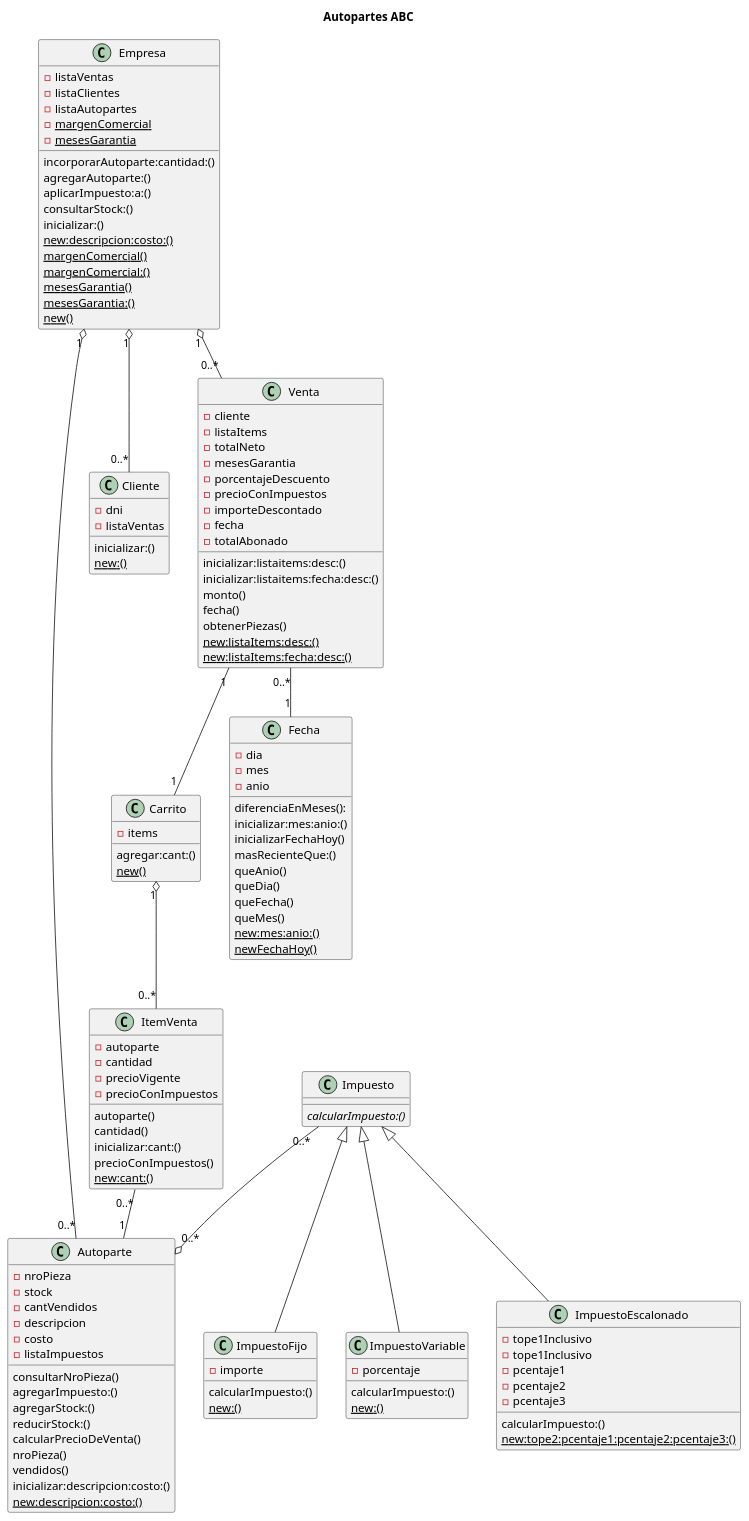
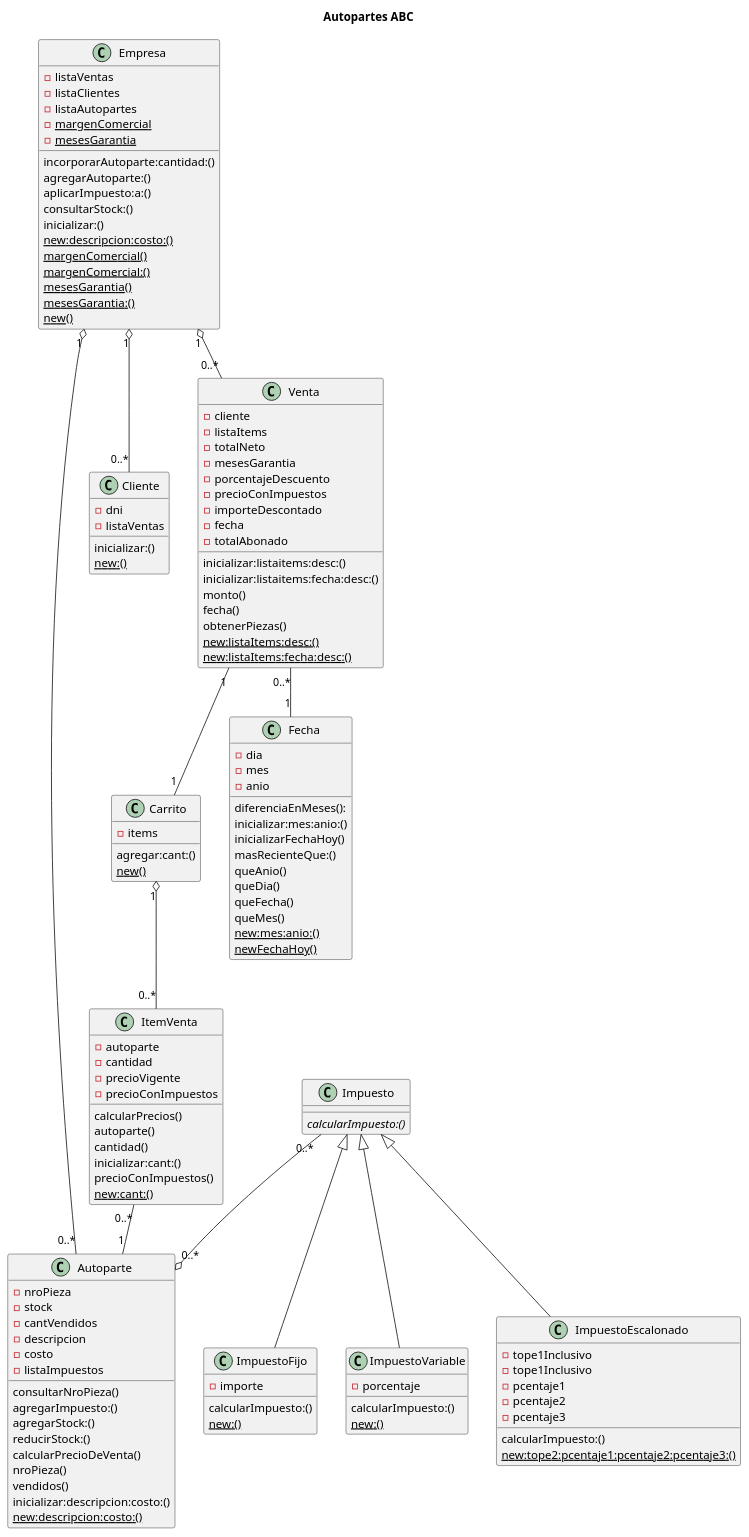
One commit to fideldalmasso/paradigmas changed the diagram in diagrama.puml. Above: the diagram before and after it, drawn with PlantUML. The commit also changed 8 other files, not shown here.

```diff
--- a/diagrama.puml
+++ b/diagrama.puml
@@ -1,150 +1,151 @@
 @startuml
 
 title Autopartes ABC
 ' skinparam linetype ortho
 
 class Empresa {
 -listaVentas
 -listaClientes
 -listaAutopartes
 -{static}margenComercial
 -{static}mesesGarantia
 incorporarAutoparte:cantidad:()
 agregarAutoparte:()
 aplicarImpuesto:a:()
 consultarStock:()
 inicializar:()
 {static}new:descripcion:costo:()
 {static}margenComercial()
 {static}margenComercial:()
 {static}mesesGarantia()
 {static}mesesGarantia:()
 {static}new()
 
 }
 
 class Autoparte {
 -nroPieza
 -stock
 -cantVendidos 
 -descripcion
 -costo
 -listaImpuestos
 
 consultarNroPieza()
 agregarImpuesto:()
 agregarStock:()
 reducirStock:()
 calcularPrecioDeVenta()
 nroPieza()
 vendidos()
 inicializar:descripcion:costo:()
 {static}new:descripcion:costo:()
 
 }
 
 class Cliente {
 -dni
 -listaVentas
 inicializar:()
 {static}new:()
 }
 
 class Carrito {
 -items
 agregar:cant:()
 {static}new()
 }
 
 
 class ItemVenta {
 -autoparte
 -cantidad
 -precioVigente
 -precioConImpuestos
+calcularPrecios()
 autoparte()
 cantidad()
 inicializar:cant:()
 precioConImpuestos()
 {static}new:cant:()
 }
 
 class Venta {
 -cliente
 -listaItems
 -totalNeto
 -mesesGarantia
 -porcentajeDescuento
 -precioConImpuestos
 -importeDescontado
 -fecha
 -totalAbonado
 inicializar:listaitems:desc:()
 inicializar:listaitems:fecha:desc:()
 monto()
 fecha()
 obtenerPiezas()
 {static}new:listaItems:desc:()
 {static}new:listaItems:fecha:desc:()
 
 }
 
 class Fecha {
 -dia
 -mes
 -anio
 diferenciaEnMeses():
 inicializar:mes:anio:()
 inicializarFechaHoy()
 masRecienteQue:()
 queAnio()
 queDia()
 queFecha()
 queMes()
 {static}new:mes:anio:()
 {static}newFechaHoy()
 }
 
 class Impuesto{
 {abstract}calcularImpuesto:()
 }
 
 class ImpuestoFijo{
 -importe
 calcularImpuesto:()
 {static}new:()
 }
 
 class ImpuestoVariable{
 -porcentaje
 calcularImpuesto:()
 {static}new:()
 }
 
 class ImpuestoEscalonado{
 -tope1Inclusivo 
 -tope1Inclusivo
 -pcentaje1 
 -pcentaje2
 -pcentaje3
 calcularImpuesto:()
 {static}new:tope2:pcentaje1:pcentaje2:pcentaje3:()
 }
 
 
 
 Empresa "1" o-- "0..*" Autoparte
 Empresa "1" o-- "0..*" Cliente
 Empresa "1" o-- "0..*" Venta
 Venta "1" -- "1" Carrito
 Carrito "1" o-- "0..*" ItemVenta
 ItemVenta "0..*" -- "1" Autoparte
 Venta "0..*" -- "1"  Fecha
 Impuesto  <|-- ImpuestoFijo
 Impuesto  <|-- ImpuestoVariable
 Impuesto  <|-- ImpuestoEscalonado
 Impuesto  "0..*" --o "0..*" Autoparte
 
 
 
 @enduml
```
